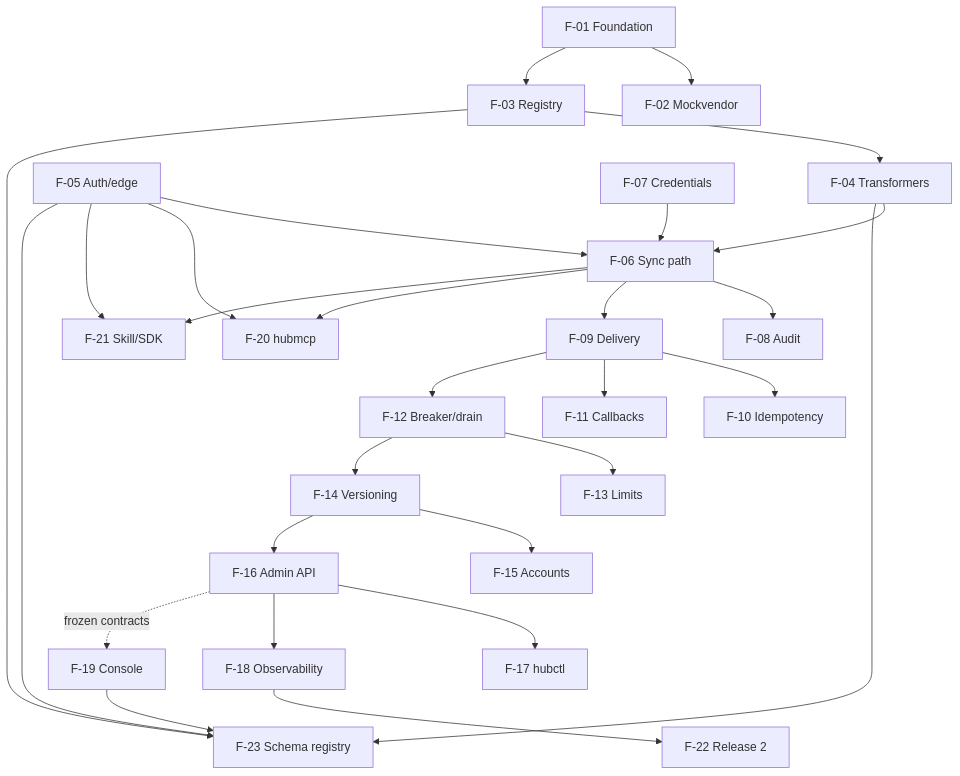
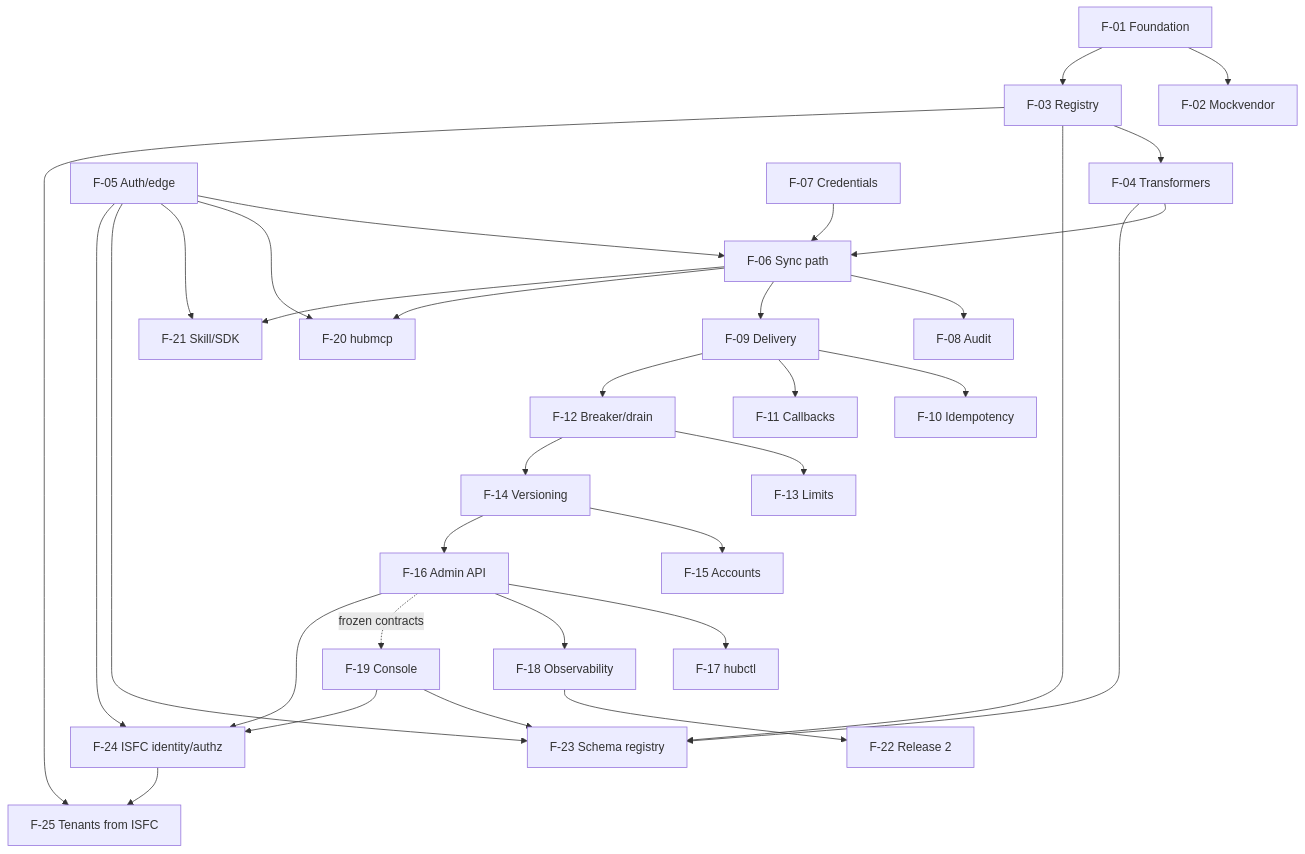
Before and after one commit to Donquixot-Doflamingo/integration-hub: the diagram in docs/features/README.md, drawn with Mermaid. The commit also changed other lines of this file and 3 other files, not shown here.

First line of the commit message:
docs(features): Add feature docs F-24 and F-25 for ISFC identity and tenants (HUB-468)

````diff
--- a/docs/features/README.md
+++ b/docs/features/README.md
@@ -37,18 +39,20 @@
 ```mermaid
 flowchart TD
   F01[F-01 Foundation] --> F02[F-02 Mockvendor] & F03[F-03 Registry]
   F03 --> F04[F-04 Transformers]
   F04 --> F06[F-06 Sync path]
   F05[F-05 Auth/edge] --> F06
   F07[F-07 Credentials] --> F06
   F06 --> F08[F-08 Audit]
   F06 --> F09[F-09 Delivery] --> F10[F-10 Idempotency] & F11[F-11 Callbacks]
   F09 --> F12[F-12 Breaker/drain] --> F13[F-13 Limits]
   F12 --> F14[F-14 Versioning] --> F15[F-15 Accounts]
   F14 --> F16[F-16 Admin API] --> F17[F-17 hubctl]
   F16 --> F18[F-18 Observability]
   F16 -. frozen contracts .-> F19[F-19 Console]
   F05 & F06 --> F20[F-20 hubmcp] & F21[F-21 Skill/SDK]
   F18 --> F22[F-22 Release 2]
   F03 & F04 & F05 & F19 --> F23[F-23 Schema registry]
+  F05 & F16 & F19 --> F24[F-24 ISFC identity/authz]
+  F03 & F24 --> F25[F-25 Tenants from ISFC]
 ```
````
